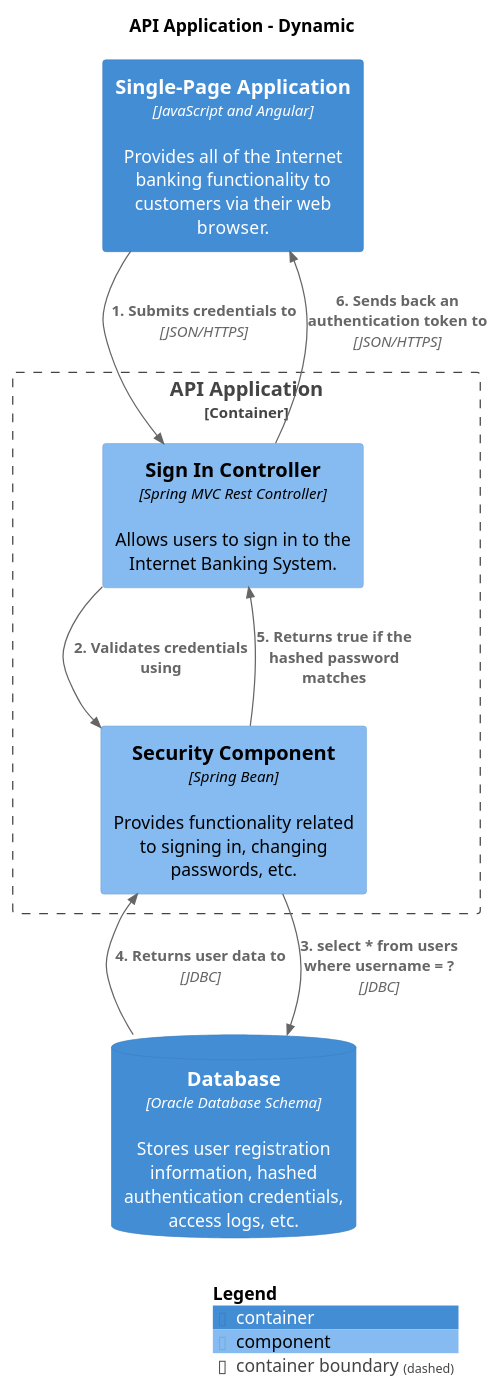
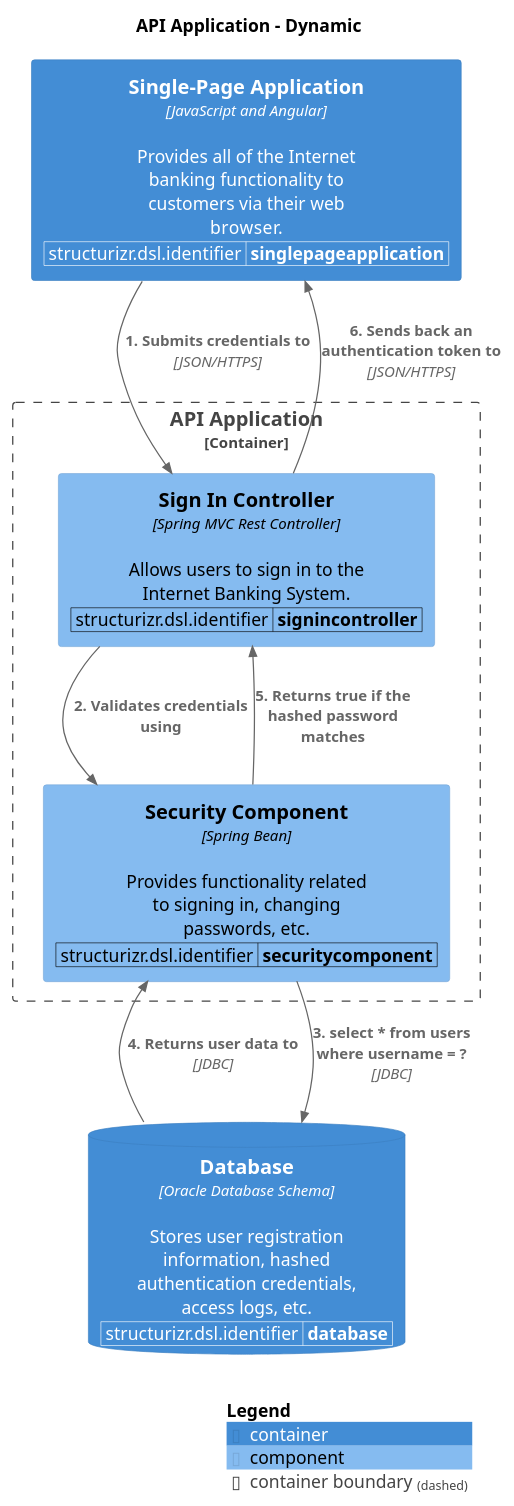
One commit to avisi-cloud/structurizr-site-generatr changed the diagram in main/puml/SignIn.puml. Above: the diagram before and after it, drawn with PlantUML. The commit also changed 78 other files, not shown here.

```diff
--- a/main/puml/SignIn.puml
+++ b/main/puml/SignIn.puml
@@ -1,27 +1,36 @@
 @startuml
+set separator none
 title API Application - Dynamic
 
 top to bottom direction
 
 !include https://raw.githubusercontent.com/plantuml-stdlib/C4-PlantUML/master/C4.puml
 !include https://raw.githubusercontent.com/plantuml-stdlib/C4-PlantUML/master/C4_Context.puml
 !include https://raw.githubusercontent.com/plantuml-stdlib/C4-PlantUML/master/C4_Container.puml
 !include https://raw.githubusercontent.com/plantuml-stdlib/C4-PlantUML/master/C4_Component.puml
 
 Container_Boundary("InternetBankingSystem.APIApplication_boundary", "API Application", $tags="") {
+  WithoutPropertyHeader()
+  AddProperty("structurizr.dsl.identifier","signincontroller")
   Component(InternetBankingSystem.APIApplication.SignInController, "Sign In Controller", "Spring MVC Rest Controller", "Allows users to sign in to the Internet Banking System.", $tags="")
+  WithoutPropertyHeader()
+  AddProperty("structurizr.dsl.identifier","securitycomponent")
   Component(InternetBankingSystem.APIApplication.SecurityComponent, "Security Component", "Spring Bean", "Provides functionality related to signing in, changing passwords, etc.", $tags="")
 }
 
+WithoutPropertyHeader()
+AddProperty("structurizr.dsl.identifier","database")
 ContainerDb(InternetBankingSystem.Database, "Database", "Oracle Database Schema", "Stores user registration information, hashed authentication credentials, access logs, etc.", $tags="")
+WithoutPropertyHeader()
+AddProperty("structurizr.dsl.identifier","singlepageapplication")
 Container(InternetBankingSystem.SinglePageApplication, "Single-Page Application", "JavaScript and Angular", "Provides all of the Internet banking functionality to customers via their web browser.", $tags="")
 
 Rel_D(InternetBankingSystem.SinglePageApplication, InternetBankingSystem.APIApplication.SignInController, "1. Submits credentials to", "JSON/HTTPS", $tags="")
 Rel_D(InternetBankingSystem.APIApplication.SignInController, InternetBankingSystem.APIApplication.SecurityComponent, "2. Validates credentials using", $tags="")
 Rel_D(InternetBankingSystem.APIApplication.SecurityComponent, InternetBankingSystem.Database, "3. select * from users where username = ?", "JDBC", $tags="")
 Rel_D(InternetBankingSystem.Database, InternetBankingSystem.APIApplication.SecurityComponent, "4. Returns user data to", "JDBC", $tags="")
 Rel_D(InternetBankingSystem.APIApplication.SecurityComponent, InternetBankingSystem.APIApplication.SignInController, "5. Returns true if the hashed password matches", $tags="")
 Rel_D(InternetBankingSystem.APIApplication.SignInController, InternetBankingSystem.SinglePageApplication, "6. Sends back an authentication token to", "JSON/HTTPS", $tags="")
 
 SHOW_LEGEND(true)
 @enduml
```
